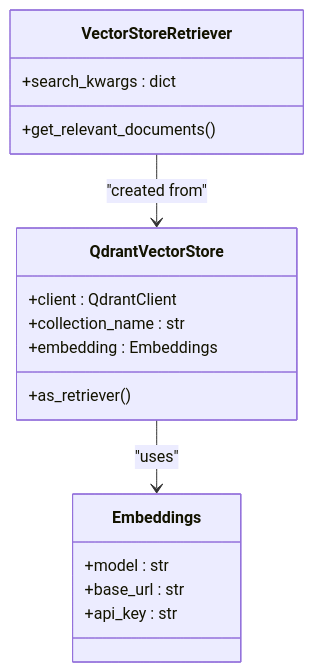
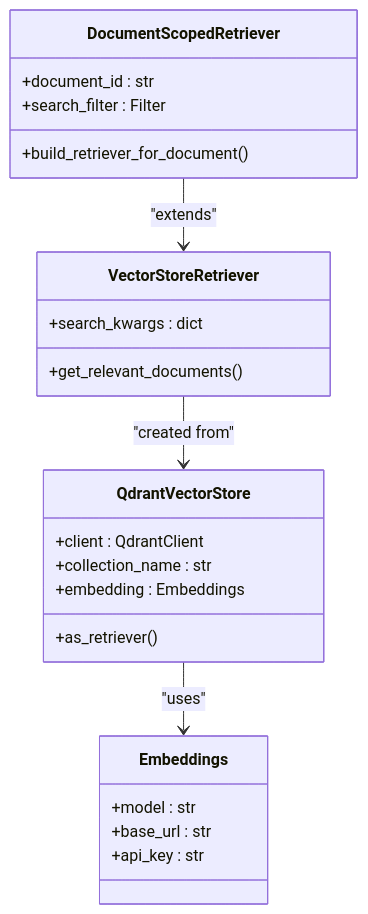
Before and after one commit to ognelis/cafetera_hr_bot: the seventh of 23 diagrams in .qoder/repowiki/en/content/RAG Integration/RAG Integration.md, drawn with Mermaid. The commit also changed other lines of this file and 6 other files, not shown here.

````diff
--- a/.qoder/repowiki/en/content/RAG Integration/RAG Integration.md
+++ b/.qoder/repowiki/en/content/RAG Integration/RAG Integration.md
@@ -523,20 +552,26 @@
 ```mermaid
 classDiagram
 class QdrantVectorStore {
 +client : QdrantClient
 +collection_name : str
 +embedding : Embeddings
 +as_retriever()
 }
 class Embeddings {
 +model : str
 +base_url : str
 +api_key : str
 }
 class VectorStoreRetriever {
 +search_kwargs : dict
 +get_relevant_documents()
 }
+class DocumentScopedRetriever {
++build_retriever_for_document()
++document_id : str
++search_filter : Filter
+}
 QdrantVectorStore --> Embeddings : "uses"
 VectorStoreRetriever --> QdrantVectorStore : "created from"
+DocumentScopedRetriever --> VectorStoreRetriever : "extends"
 ```
````
